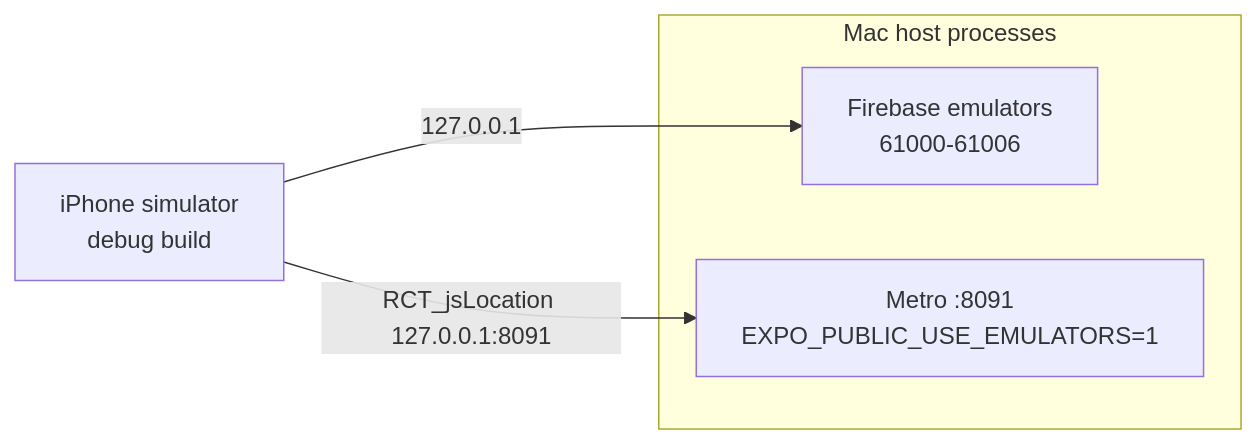
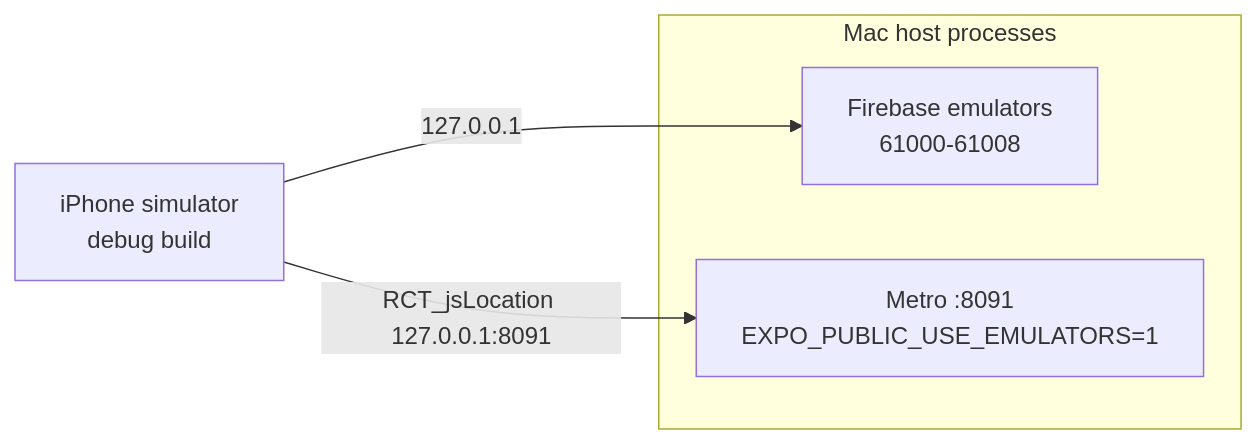
Before and after one commit to Sabeel-Institute/sabeel-institute-time-tracker: the first of 2 diagrams in docs/IOS-BUILD.md, drawn with Mermaid. The commit also changed 5 other files, not shown here.

````diff
--- a/docs/IOS-BUILD.md
+++ b/docs/IOS-BUILD.md
@@ -97,9 +97,9 @@
 ```mermaid
 flowchart LR
   subgraph mac["Mac host processes"]
-    EMU["Firebase emulators<br/>61000-61006"]
+    EMU["Firebase emulators<br/>61000-61008"]
     METRO["Metro :8091<br/>EXPO_PUBLIC_USE_EMULATORS=1"]
   end
   SIM["iPhone simulator<br/>debug build"] -->|"127.0.0.1"| EMU
   SIM -->|"RCT_jsLocation 127.0.0.1:8091"| METRO
 ```
````
